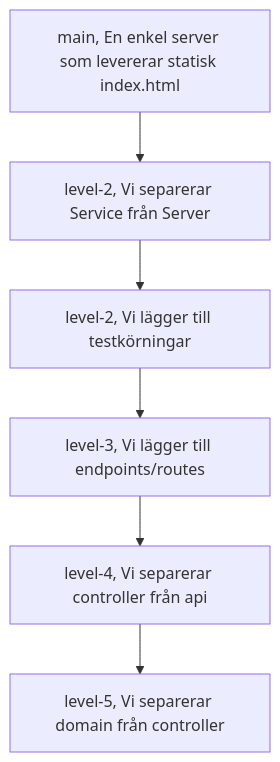
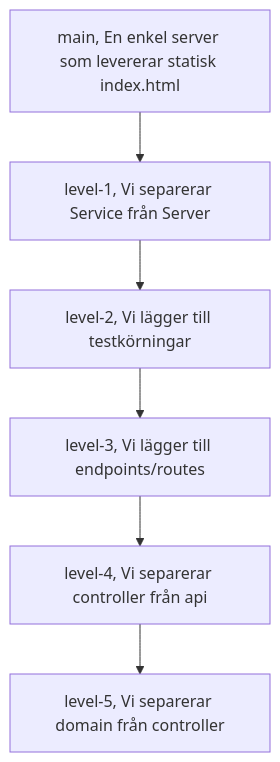
Before and after one commit to miwashi-edu/edu-http-classic-js: the diagram in README.md, drawn with Mermaid.

````diff
--- a/README.md
+++ b/README.md
@@ -3,9 +3,9 @@
 ```mermaid
 flowchart TD
     main[main, En enkel server som levererar statisk index.html] --> 
-    level-1[ level-2, Vi separerar Service från Server] --> 
+    level-1[ level-1, Vi separerar Service från Server] --> 
     level-2[ level-2, Vi lägger till testkörningar] --> 
     level-3[ level-3, Vi lägger till endpoints/routes] --> 
     level-4[ level-4, Vi separerar controller från api] --> 
     level-5[ level-5, Vi separerar domain från controller]
 ```
````
